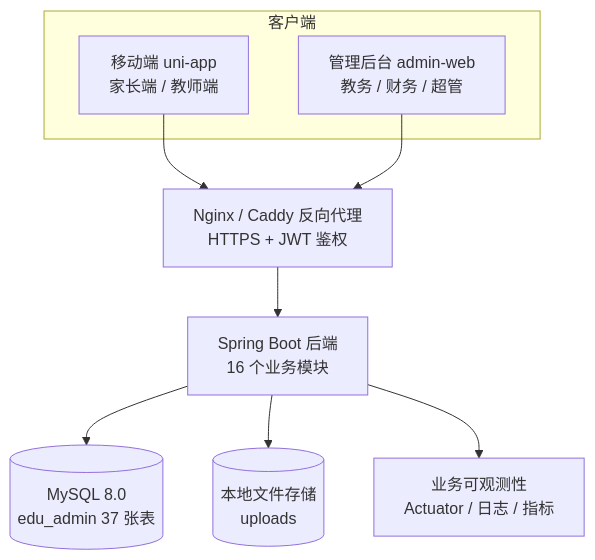
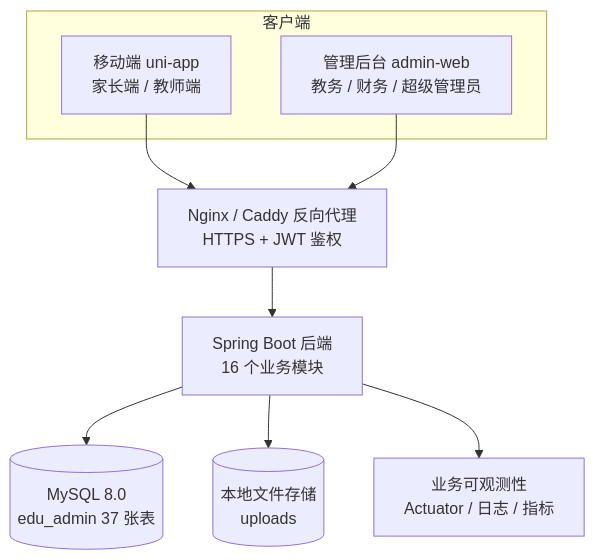
One commit to BYNekoNay/educational-administration changed the first of 9 diagrams in docs/paper/02-第2章-系统设计.md. Above: the diagram before and after it, drawn with Mermaid. The commit also changed other lines of this file and 19 other files, not shown here.

First line of the commit message:
docs(paper): 课程设计报告 v1.3 同步 + 9 张配图重渲染

````diff
--- a/docs/paper/02-第2章-系统设计.md
+++ b/docs/paper/02-第2章-系统设计.md
@@ -11,13 +11,13 @@
 ```mermaid
 flowchart TB
     subgraph Clients["客户端"]
         M[移动端 uni-app<br/>家长端 / 教师端]
-        A[管理后台 admin-web<br/>教务 / 财务 / 超管]
+        A[管理后台 admin-web<br/>教务 / 财务 / 超级管理员]
     end
     M --> N[Nginx / Caddy 反向代理<br/>HTTPS + JWT 鉴权]
     A --> N
     N --> B[Spring Boot 后端<br/>16 个业务模块]
     B --> R[(MySQL 8.0<br/>edu_admin 37 张表)]
     B --> F[(本地文件存储<br/>uploads)]
     B --> X[业务可观测性<br/>Actuator / 日志 / 指标]
 ```
````
